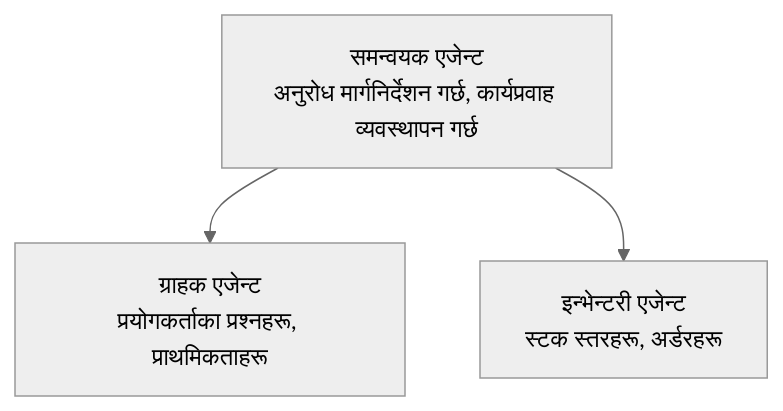
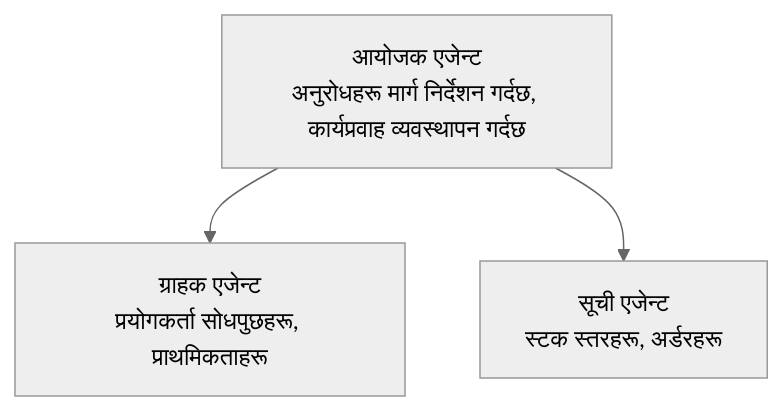
One commit to microsoft/AZD-for-beginners changed the diagram in translations/ne/docs/chapter-05-multi-agent/README.md. Above: the diagram before and after it, drawn with Mermaid (neutral theme). The commit also changed other lines of this file and 62 other files, not shown here.

````diff
--- a/translations/ne/docs/chapter-05-multi-agent/README.md
+++ b/translations/ne/docs/chapter-05-multi-agent/README.md
@@ -54,5 +54,5 @@
 ```mermaid
 graph TD
-    Orchestrator[समन्वयक एजेन्ट<br/>अनुरोध मार्गनिर्देशन गर्छ, कार्यप्रवाह व्यवस्थापन गर्छ] --> Customer[ग्राहक एजेन्ट<br/>प्रयोगकर्ताका प्रश्नहरू, प्राथमिकताहरू]
-    Orchestrator --> Inventory[इन्भेन्टरी एजेन्ट<br/>स्टक स्तरहरू, अर्डरहरू]
+    Orchestrator[आयोजक एजेन्ट<br/>अनुरोधहरू मार्ग निर्देशन गर्दछ, कार्यप्रवाह व्यवस्थापन गर्दछ] --> Customer[ग्राहक एजेन्ट<br/>प्रयोगकर्ता सोधपुछहरू, प्राथमिकताहरू]
+    Orchestrator --> Inventory[सूची एजेन्ट<br/>स्टक स्तरहरू, अर्डरहरू]
 ```
````
